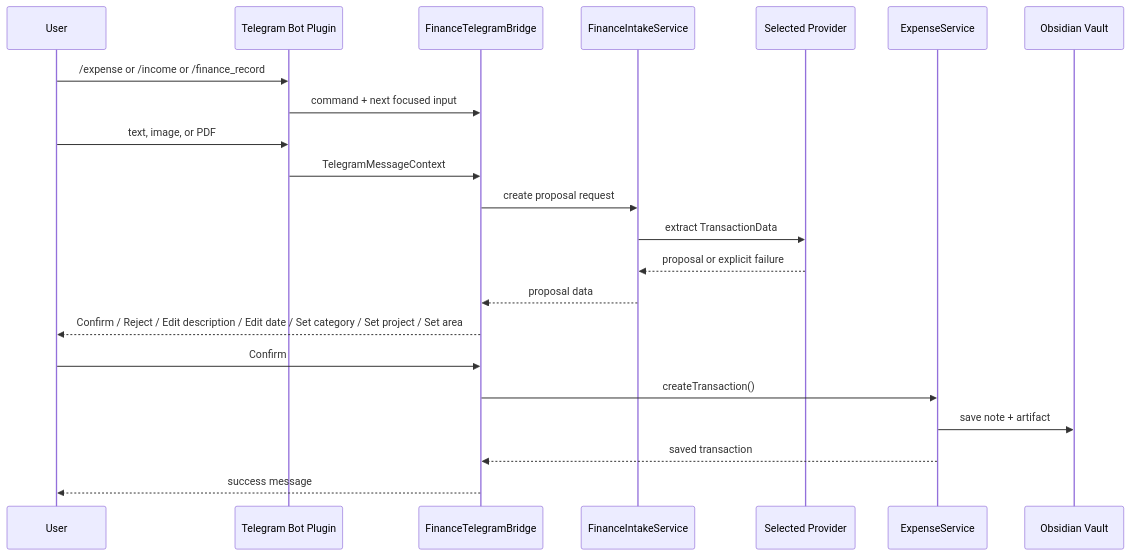
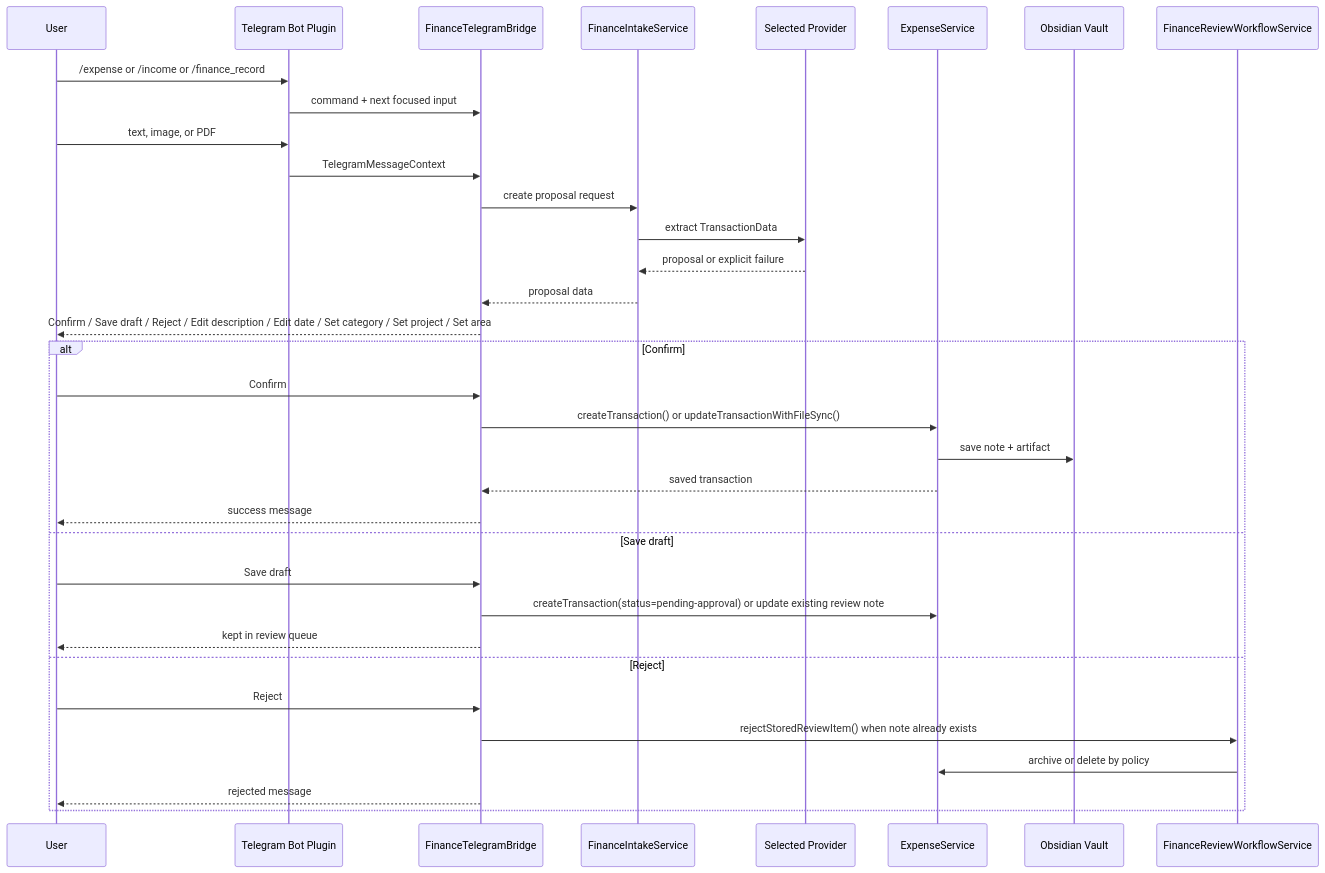
Before and after one commit to Xoanis/obsidian-expense-manager: the sixth of 6 diagrams in docs/service-architecture.md, drawn with Mermaid. The commit also changed other lines of this file and 11 other files, not shown here.

Commit message:
feat: optional don't delete rejected transaction notes. update docs

````diff
--- a/docs/service-architecture.md
+++ b/docs/service-architecture.md
@@ -150,25 +194,36 @@
 ```mermaid
 sequenceDiagram
     participant User
     participant Telegram as Telegram Bot Plugin
 participant Bridge as FinanceTelegramBridge
     participant Intake as FinanceIntakeService
     participant Provider as Selected Provider
     participant Expense as ExpenseService
     participant Vault as Obsidian Vault
 
     User->>Telegram: /expense or /income or /finance_record
     Telegram->>Bridge: command + next focused input
     User->>Telegram: text, image, or PDF
     Telegram->>Bridge: TelegramMessageContext
     Bridge->>Intake: create proposal request
     Intake->>Provider: extract TransactionData
     Provider-->>Intake: proposal or explicit failure
     Intake-->>Bridge: proposal data
-    Bridge-->>User: Confirm / Reject / Edit description / Edit date / Set category / Set project / Set area
-    User->>Bridge: Confirm
-    Bridge->>Expense: createTransaction()
-    Expense->>Vault: save note + artifact
-    Expense-->>Bridge: saved transaction
-    Bridge-->>User: success message
+    Bridge-->>User: Confirm / Save draft / Reject / Edit description / Edit date / Set category / Set project / Set area
+    alt Confirm
+        User->>Bridge: Confirm
+        Bridge->>Expense: createTransaction() or updateTransactionWithFileSync()
+        Expense->>Vault: save note + artifact
+        Expense-->>Bridge: saved transaction
+        Bridge-->>User: success message
+    else Save draft
+        User->>Bridge: Save draft
+        Bridge->>Expense: createTransaction(status=pending-approval) or update existing review note
+        Bridge-->>User: kept in review queue
+    else Reject
+        User->>Bridge: Reject
+        Bridge->>FinanceReviewWorkflowService: rejectStoredReviewItem() when note already exists
+        FinanceReviewWorkflowService->>Expense: archive or delete by policy
+        Bridge-->>User: rejected message
+    end
 ```
````
